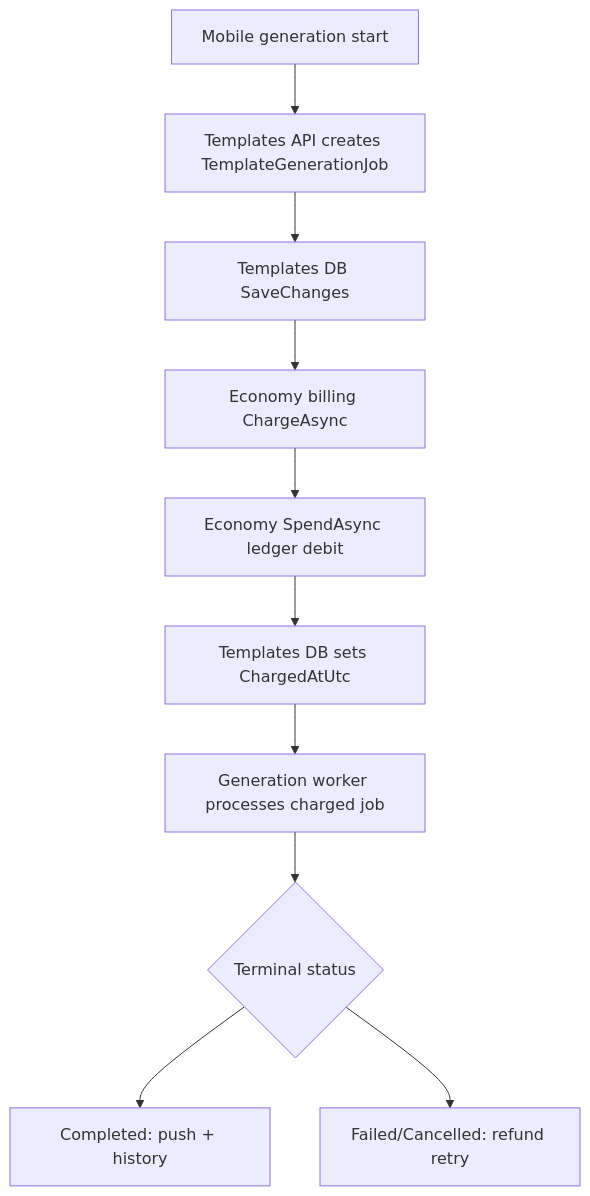
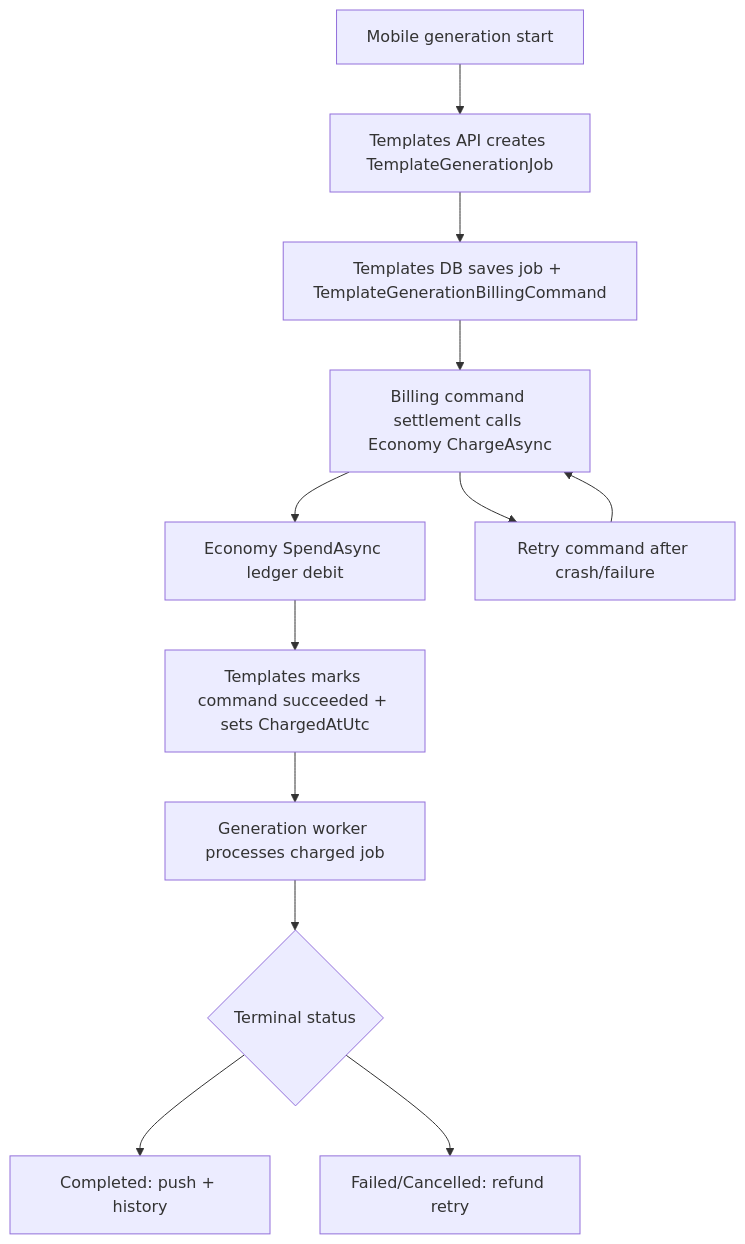
Before and after one commit to alexelasticlabs/petmagic-0_004: the second of 2 diagrams in docs/audit-notifications-tokens-purchases-economy-2026-07-03.md, drawn with Mermaid. The commit also changed other lines of this file and 860 other files, not shown here.

````diff
--- a/docs/audit-notifications-tokens-purchases-economy-2026-07-03.md
+++ b/docs/audit-notifications-tokens-purchases-economy-2026-07-03.md
@@ -68,12 +69,14 @@
 ```mermaid
 flowchart TD
   A["Mobile generation start"] --> B["Templates API creates TemplateGenerationJob"]
-  B --> C["Templates DB SaveChanges"]
-  C --> D["Economy billing ChargeAsync"]
+  B --> C["Templates DB saves job + TemplateGenerationBillingCommand"]
+  C --> D["Billing command settlement calls Economy ChargeAsync"]
   D --> E["Economy SpendAsync ledger debit"]
-  E --> F["Templates DB sets ChargedAtUtc"]
+  E --> F["Templates marks command succeeded + sets ChargedAtUtc"]
   F --> G["Generation worker processes charged job"]
   G --> H{"Terminal status"}
   H --> I["Completed: push + history"]
   H --> J["Failed/Cancelled: refund retry"]
+  D --> K["Retry command after crash/failure"]
+  K --> D
 ```
````
